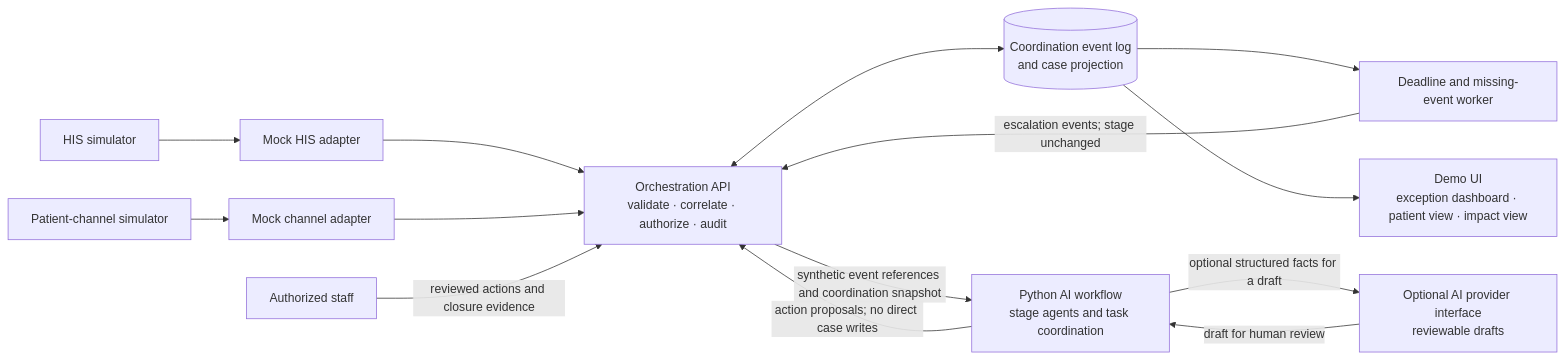
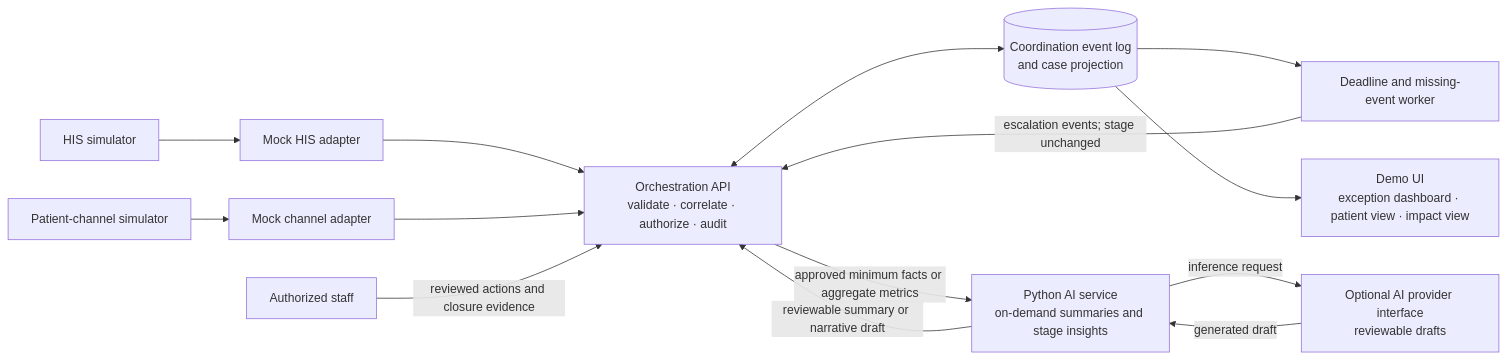
Before and after one commit to savannah-pulse/care-loop: the first of 2 diagrams in docs/architecture.md, drawn with Mermaid. The commit also changed other lines of this file and 4 other files, not shown here.

````diff
--- a/docs/architecture.md
+++ b/docs/architecture.md
@@ -11,26 +11,26 @@
 ```mermaid
 flowchart LR
     HIS[HIS simulator]
     CHANNEL[Patient-channel simulator]
     HISADAPTER[Mock HIS adapter]
     CHANNELADAPTER[Mock channel adapter]
     API[Orchestration API<br/>validate · correlate · authorize · audit]
     STORE[(Coordination event log<br/>and case projection)]
     WORKER[Deadline and missing-event worker]
     UI[Demo UI<br/>exception dashboard · patient view · impact view]
-    AIWORKFLOW[Python AI workflow<br/>stage agents and task coordination]
+    AIWORKFLOW[Python AI service<br/>on-demand summaries and stage insights]
     AIPROVIDER[Optional AI provider interface<br/>reviewable drafts]
     HUMAN[Authorized staff]
 
     HIS --> HISADAPTER --> API
     CHANNEL --> CHANNELADAPTER --> API
     API <--> STORE
     STORE --> WORKER
     WORKER -->|escalation events; stage unchanged| API
     STORE --> UI
     HUMAN -->|reviewed actions and closure evidence| API
-    API -->|synthetic event references and coordination snapshot| AIWORKFLOW
-    AIWORKFLOW -->|action proposals; no direct case writes| API
-    AIWORKFLOW -->|optional structured facts for a draft| AIPROVIDER
-    AIPROVIDER -->|draft for human review| AIWORKFLOW
+    API -->|approved minimum facts or aggregate metrics| AIWORKFLOW
+    AIWORKFLOW -->|reviewable summary or narrative draft| API
+    AIWORKFLOW -->|inference request| AIPROVIDER
+    AIPROVIDER -->|generated draft| AIWORKFLOW
 ```
````
